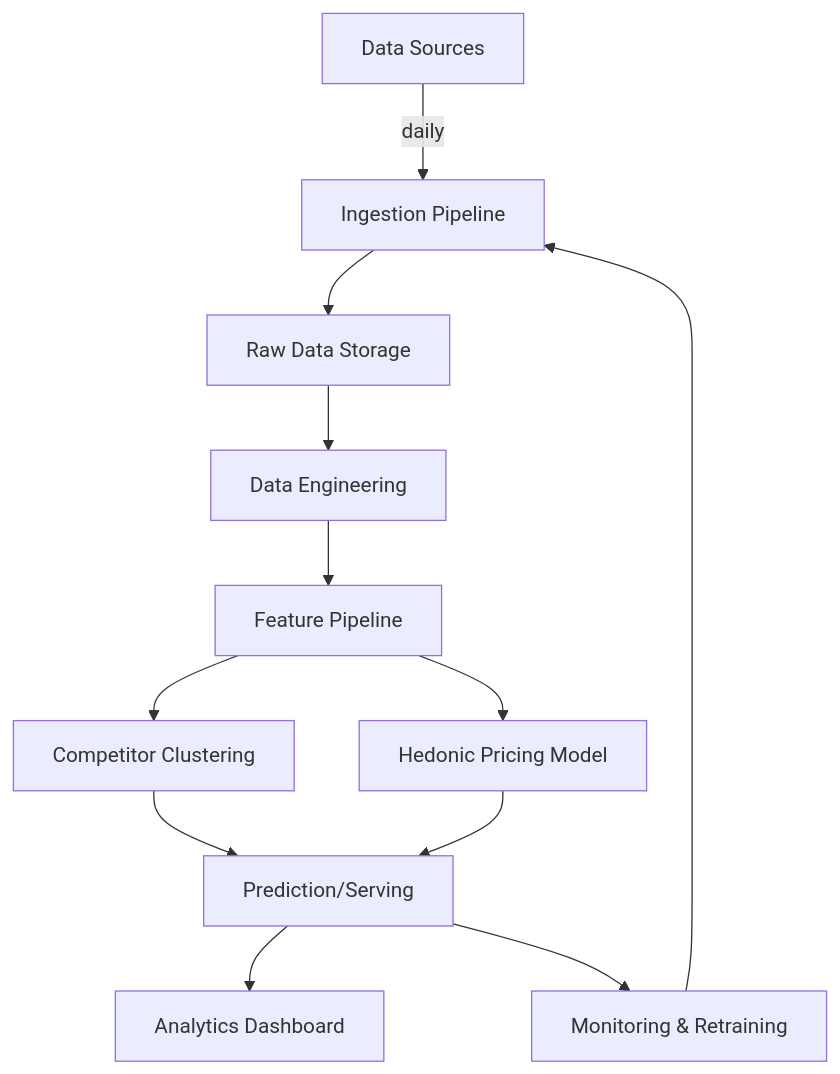
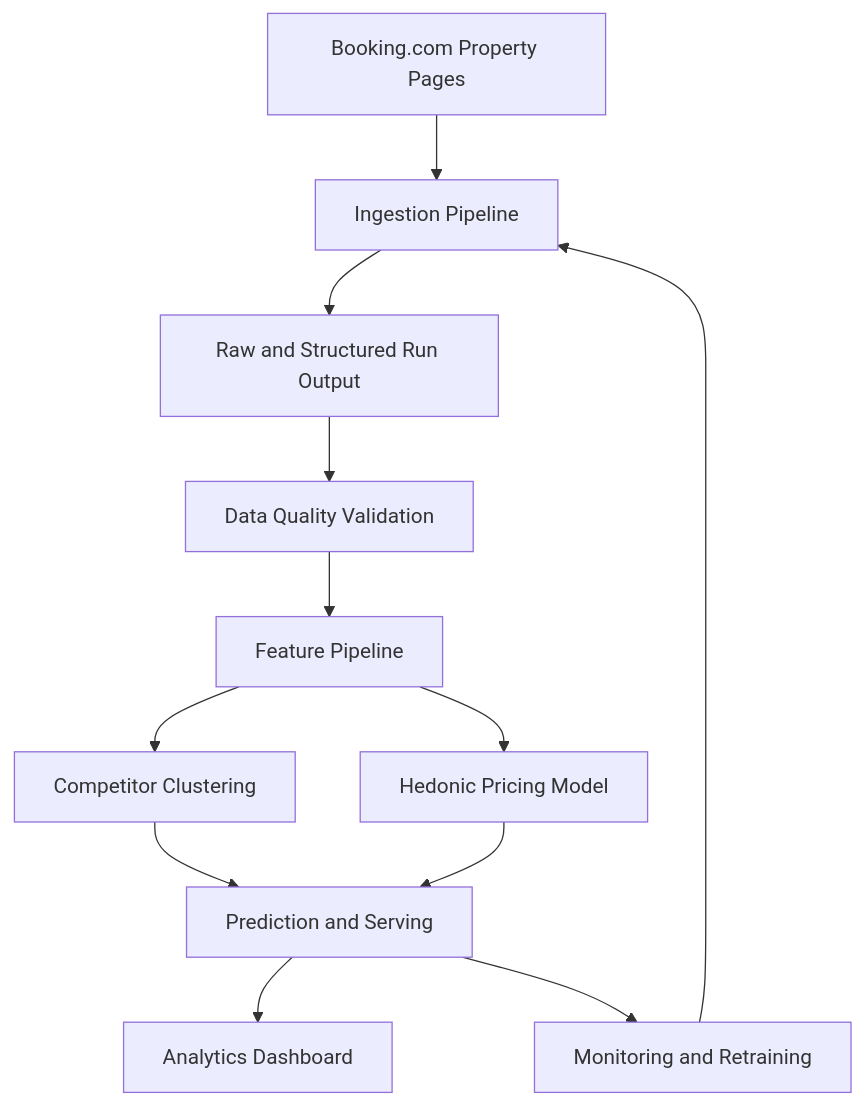
Before and after one commit to ThePopped/tourism-pricing-analytics: the diagram in README.md, drawn with Mermaid. The commit also changed other lines of this file, not shown here.

````diff
--- a/README.md
+++ b/README.md
@@ -28,14 +344,14 @@
 ```mermaid
 flowchart TB
-    A[Data Sources] -->|daily| B[Ingestion Pipeline]
-    B --> C[Raw Data Storage]
-    C --> D[Data Engineering]
+    A[Booking.com Property Pages] --> B[Ingestion Pipeline]
+    B --> C[Raw and Structured Run Output]
+    C --> D[Data Quality Validation]
     D --> E[Feature Pipeline]
     E --> F[Competitor Clustering]
     E --> G[Hedonic Pricing Model]
-    F --> H[Prediction/Serving]
+    F --> H[Prediction and Serving]
     G --> H
     H --> I[Analytics Dashboard]
-    H --> J[Monitoring & Retraining]
+    H --> J[Monitoring and Retraining]
     J --> B
 ```
````
